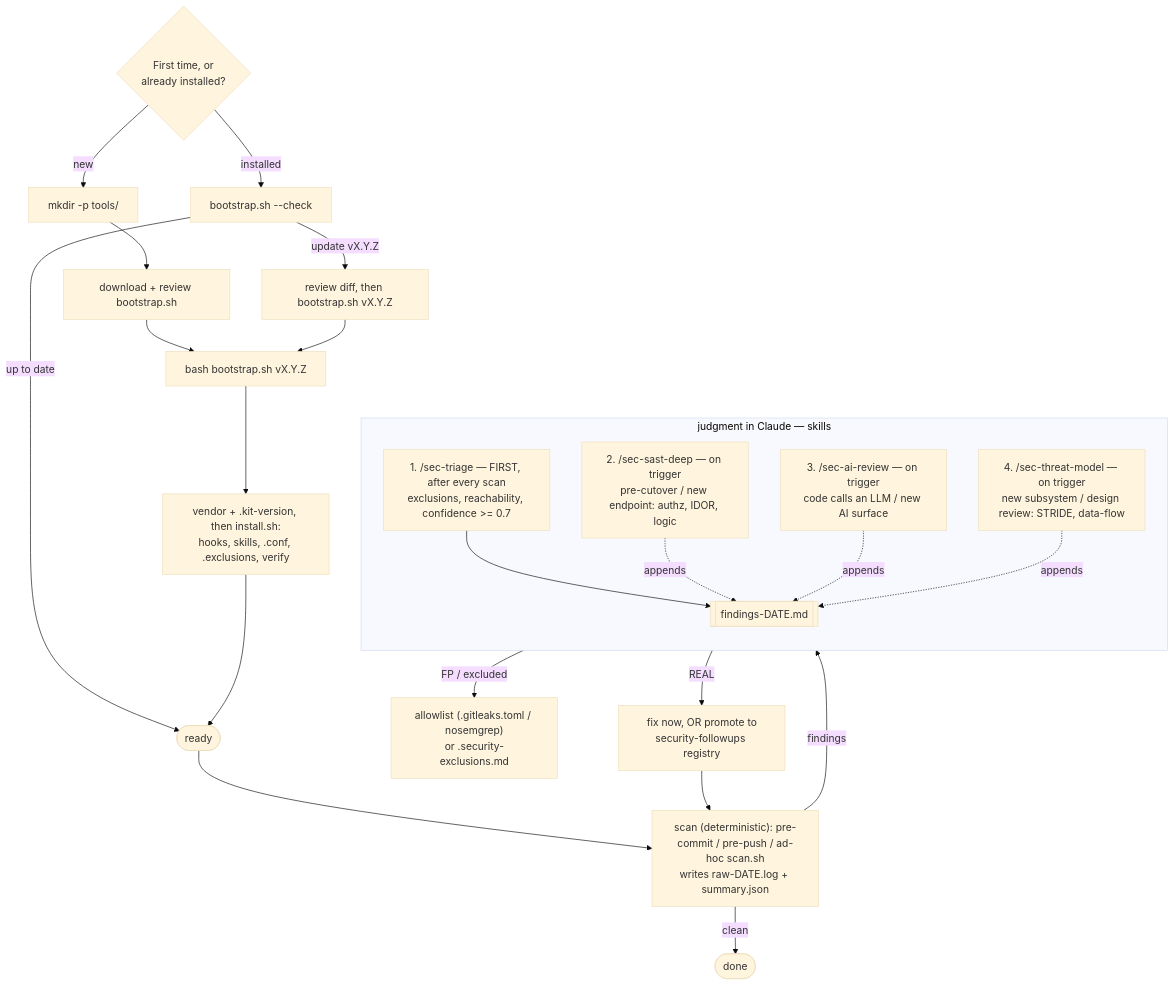
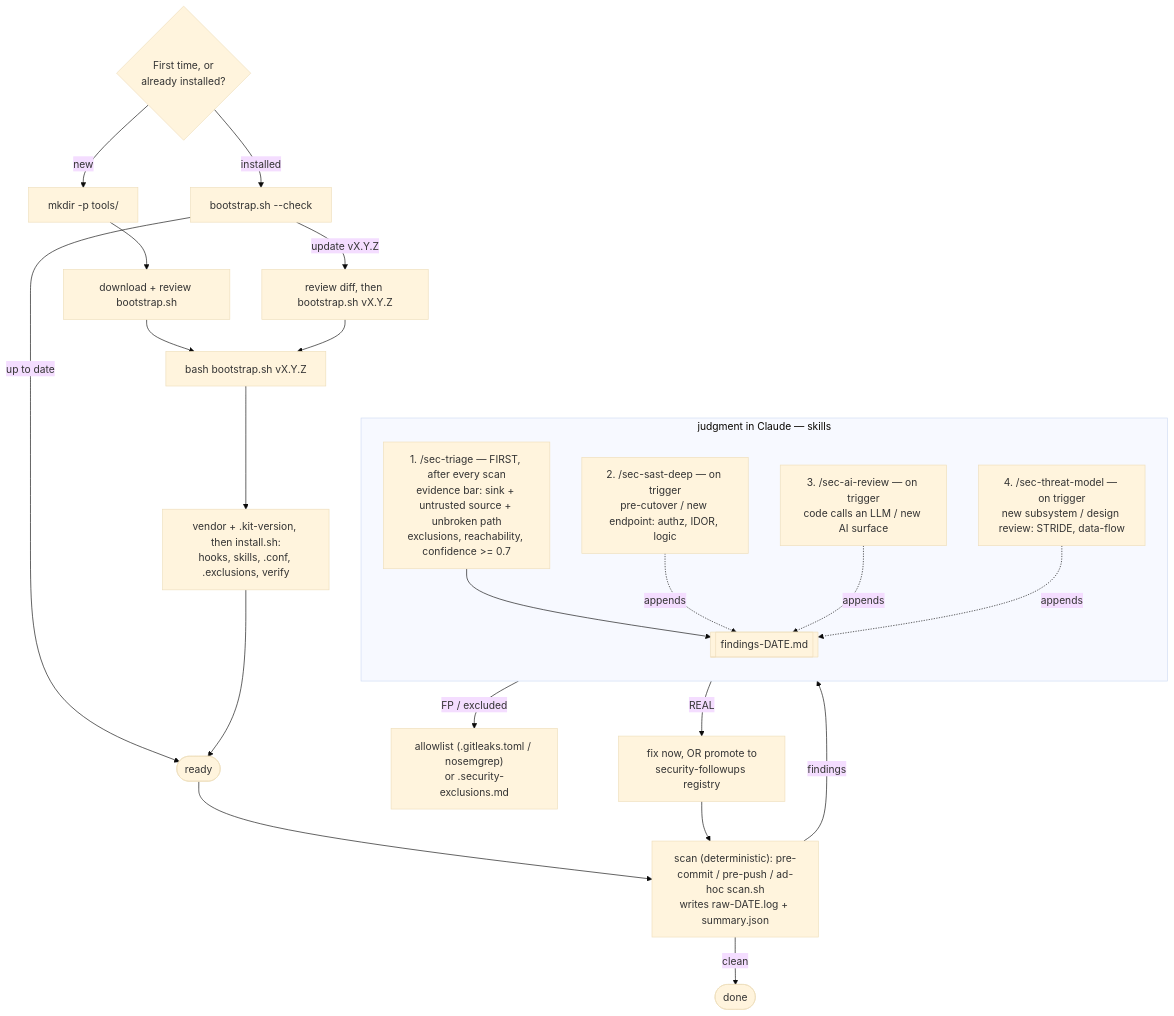
The diagram in README-tr.md (boraeresici/security-audit-kit), drawn with Mermaid (base theme) before and after one commit. The commit also changed other lines of this file and 5 other files, not shown here.

````diff
--- a/README-tr.md
+++ b/README-tr.md
@@ -40,33 +42,33 @@
 ```mermaid
 flowchart TD
     Q{First time, or<br/>already installed?}
     Q -->|new| N1["mkdir -p tools/"]
     N1 --> N2["download + review bootstrap.sh"]
     N2 --> B["bash bootstrap.sh vX.Y.Z"]
     Q -->|installed| C["bootstrap.sh --check"]
     C -->|up to date| R
     C -->|update vX.Y.Z| RV["review diff, then bootstrap.sh vX.Y.Z"]
     RV --> B
     B --> I["vendor + .kit-version, then install.sh:<br/>hooks, skills, .conf, .exclusions, verify"]
     I --> R(["ready"])
 
     R --> S["scan (deterministic): pre-commit / pre-push / ad-hoc scan.sh<br/>writes raw-DATE.log + summary.json"]
     S -->|clean| D(["done"])
     S -->|findings| T1
 
     subgraph JUDGE["judgment in Claude — skills"]
       direction TB
-      T1["1. /sec-triage — FIRST, after every scan<br/>exclusions, reachability, confidence >= 0.7"]
+      T1["1. /sec-triage — FIRST, after every scan<br/>evidence bar: sink + untrusted source + unbroken path<br/>exclusions, reachability, confidence >= 0.7"]
       DEEP["2. /sec-sast-deep — on trigger<br/>pre-cutover / new endpoint: authz, IDOR, logic"]
       AIR["3. /sec-ai-review — on trigger<br/>code calls an LLM / new AI surface"]
       TM["4. /sec-threat-model — on trigger<br/>new subsystem / design review: STRIDE, data-flow"]
       T1 --> F[["findings-DATE.md"]]
       DEEP -. appends .-> F
       AIR -. appends .-> F
       TM -. appends .-> F
     end
 
     F -->|FP / excluded| AL["allowlist (.gitleaks.toml / nosemgrep)<br/>or .security-exclusions.md"]
     F -->|REAL| FX["fix now, OR promote to<br/>security-followups registry"]
     FX --> S
 ```
````
